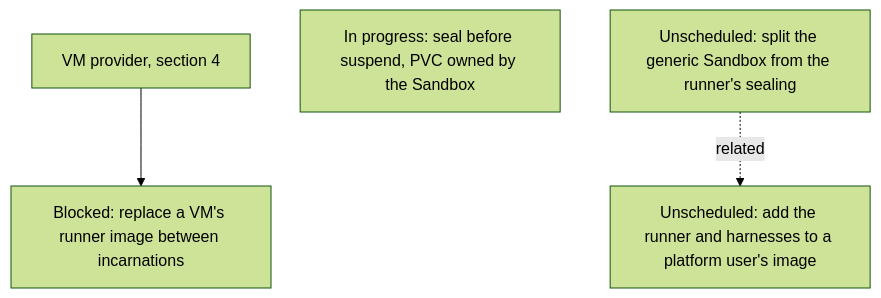
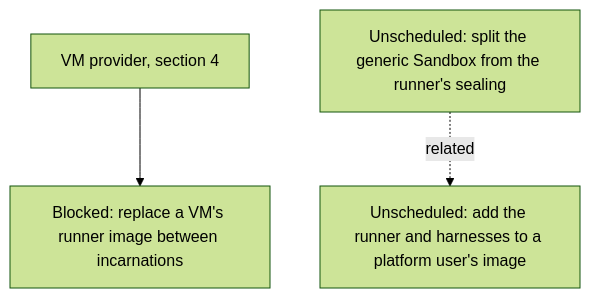
Before and after one commit to agentydragon/ducktape: diagram 11 of 15 in agentplane/plans/task_dag.md, drawn with Mermaid (forest theme). The commit also changed other lines of this file and 4 other files, not shown here.

````diff
--- a/agentplane/plans/task_dag.md
+++ b/agentplane/plans/task_dag.md
@@ -868,8 +850,7 @@
 ```mermaid
 flowchart TD
     VM_PROVIDER[VM provider, section 4] --> SANDBOX_IMAGE_REPLACE[Blocked: replace a VM's runner image between incarnations]
-    SANDBOX_LIFECYCLE[In progress: seal before suspend, PVC owned by the Sandbox]
     SANDBOX_GENERIC_SPLIT[Unscheduled: split the generic Sandbox from the runner's sealing]
     SANDBOX_RUNNER_LAYERING[Unscheduled: add the runner and harnesses to a platform user's image]
     SANDBOX_GENERIC_SPLIT -. related .-> SANDBOX_RUNNER_LAYERING
 ```
````
